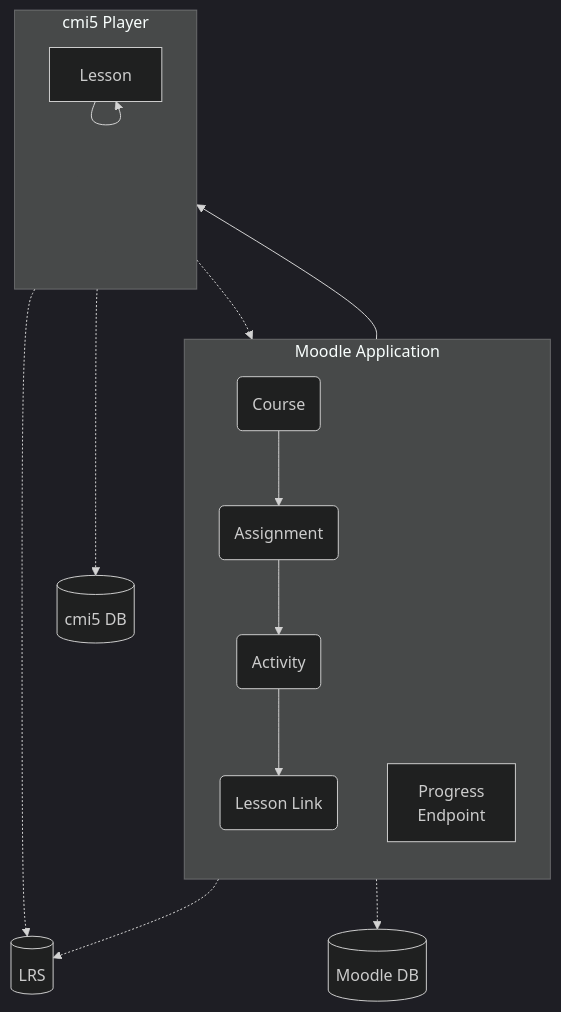
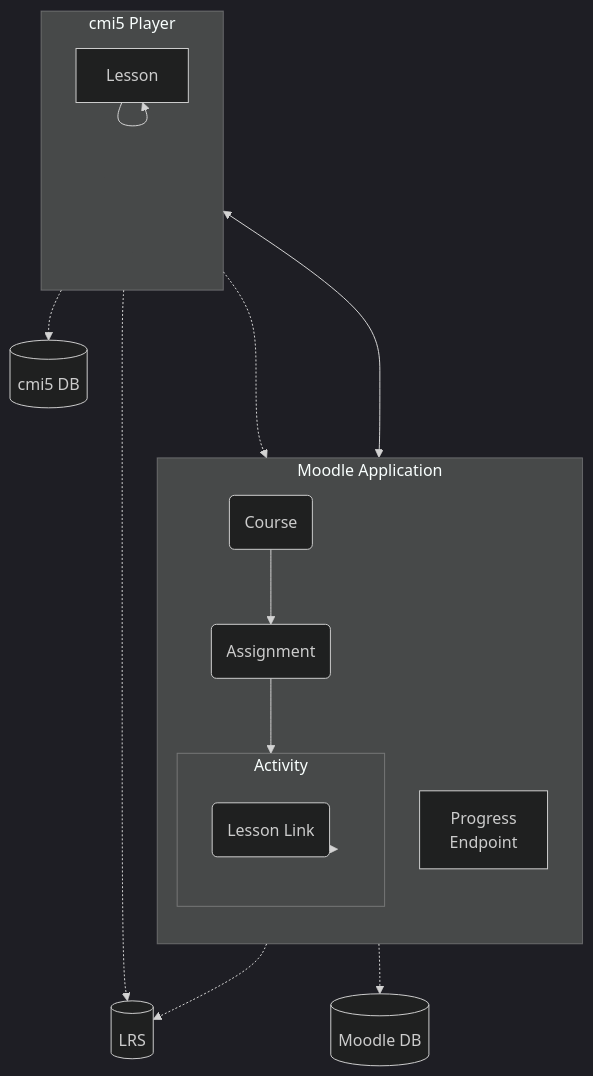
The diagram in README.md (adlnet/Moodle-mod_cmi5launch), drawn with Mermaid (dark theme) before and after one commit.

Commit message:
Updated diagram to show user flow back to Moodle activity

````diff
--- a/README.md
+++ b/README.md
@@ -26,20 +26,23 @@
 ```mermaid
 flowchart TB
   subgraph MOODLE[Moodle Application]
     direction TB
-    Course(Course) --> Assignment(Assignment) --> Activity(Activity) --> Link(Lesson Link)
+    Course(Course) --> Assignment(Assignment) --> Activity --> Link
     Webhook[Progress\nEndpoint]
+    subgraph Activity
+      Link(Lesson Link)
+    end
   end
   MOODLE -.-> MoodleDB[(Moodle DB)]
 
   subgraph cmi5[cmi5 Player]
     direction TB
     Lesson --> Lesson
   end
+
   cmi5 -.-> Webhook
-  Link --> cmi5
+  Link <---> cmi5
   Link -.-> LRS[(LRS)]
   cmi5 -.-> cmi5DB[(cmi5 DB)]
   cmi5 -.-> LRS
-  
 ```
````
